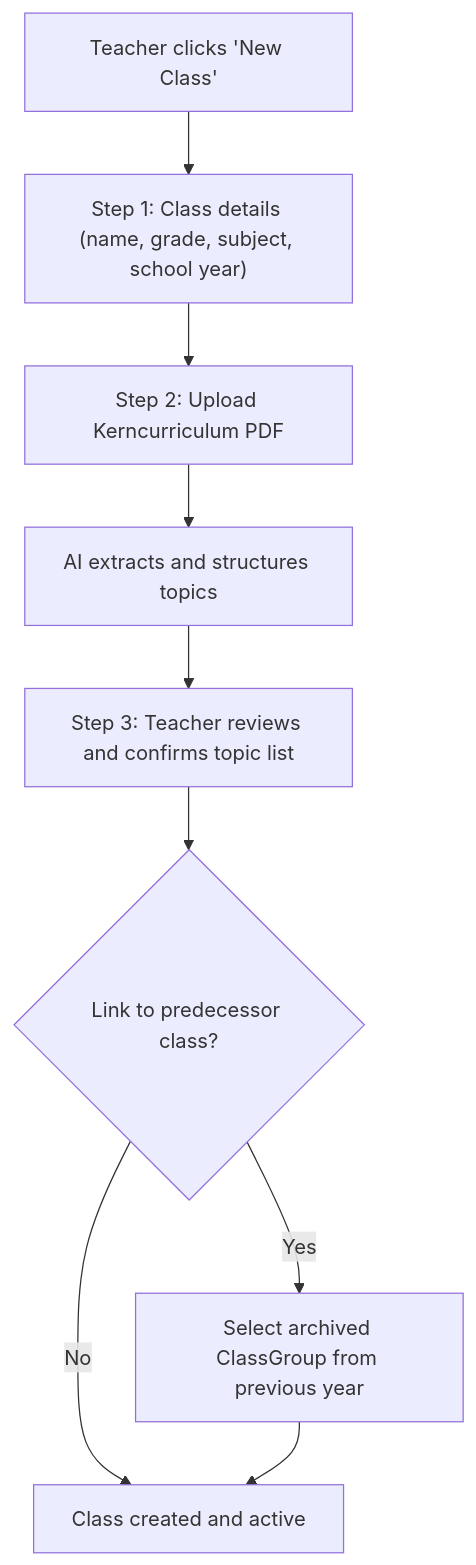
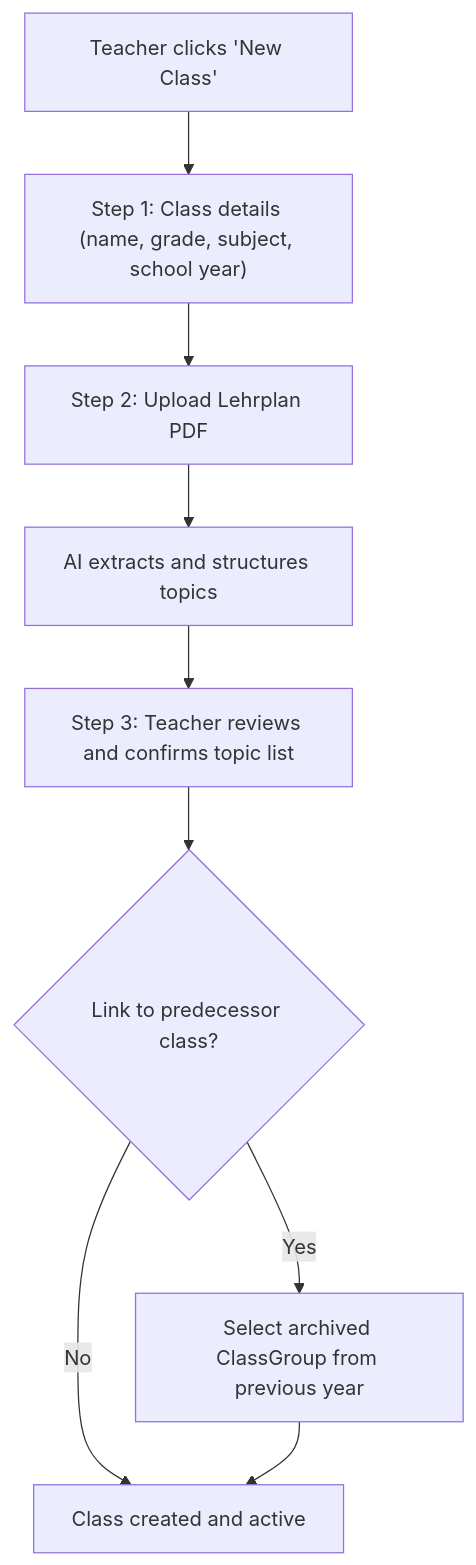
Before and after one commit to Code-Snap-UG/chalkdust: the first of 5 diagrams in docs/VISION.md, drawn with Mermaid. The commit also changed other lines of this file and 27 other files, not shown here.

Commit message:
refactor: update terminology from "Kerncurriculum" to "Lehrplan" across documentation and UI components for consistency; add new audit report and enhance accessibility features

````diff
--- a/docs/VISION.md
+++ b/docs/VISION.md
@@ -63,11 +63,11 @@
 ```mermaid
 flowchart TD
     A[Teacher clicks 'New Class'] --> B["Step 1: Class details (name, grade, subject, school year)"]
-    B --> C["Step 2: Upload Kerncurriculum PDF"]
+    B --> C["Step 2: Upload Lehrplan PDF"]
     C --> D[AI extracts and structures topics]
     D --> E["Step 3: Teacher reviews and confirms topic list"]
     E --> F{Link to predecessor class?}
     F -->|Yes| G[Select archived ClassGroup from previous year]
     F -->|No| H[Class created and active]
     G --> H
 ```
````
